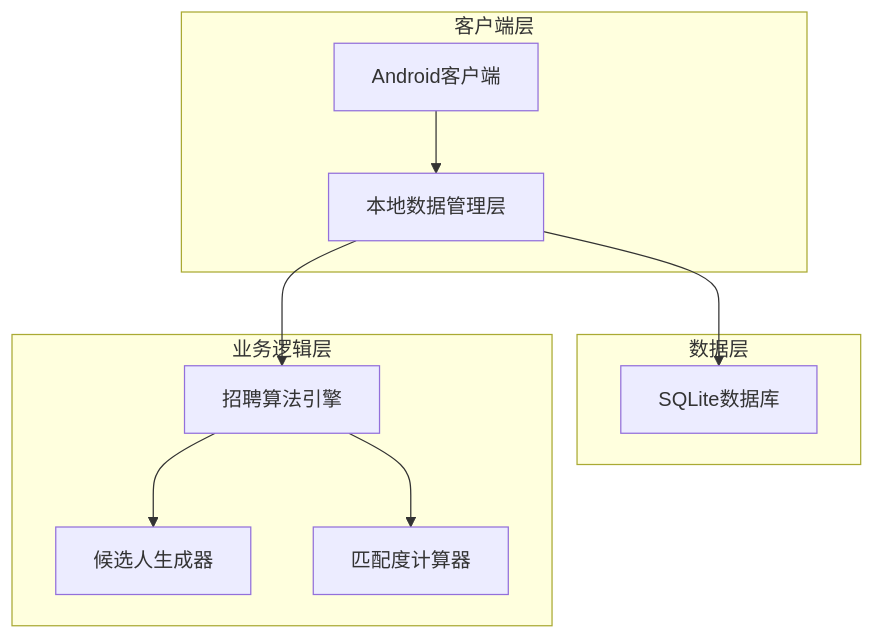
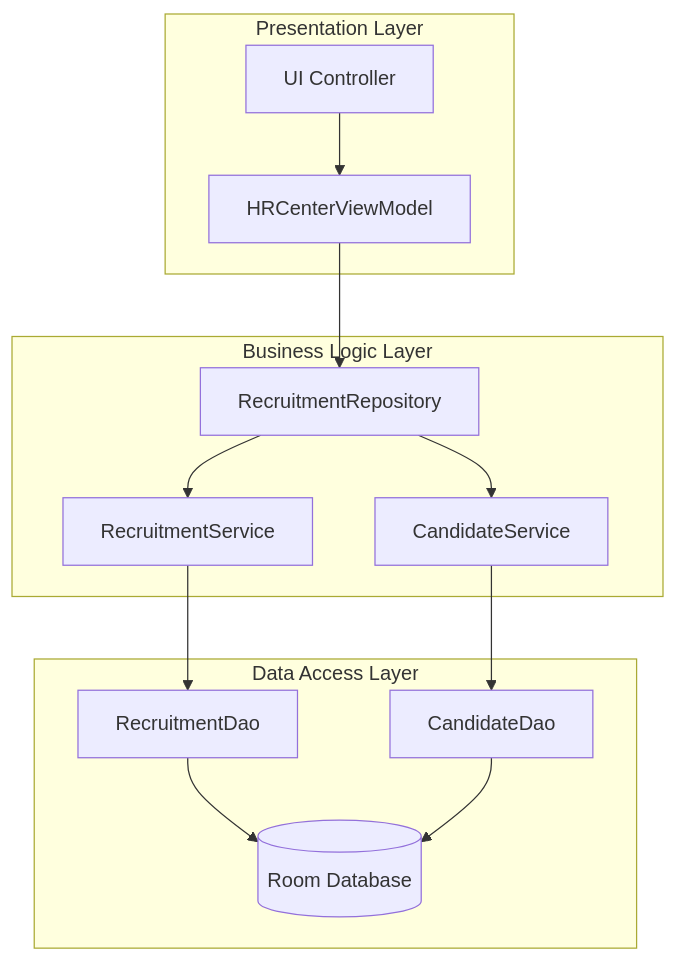
One commit to 1836047093/YCJY changed the second of 3 diagrams in .trae/documents/人事中心自动化招聘功能技术架构文档.md. Above: the diagram before and after it, drawn with Mermaid. The commit also changed other lines of this file and 35 other files, not shown here.

````diff
--- a/.trae/documents/人事中心自动化招聘功能技术架构文档.md
+++ b/.trae/documents/人事中心自动化招聘功能技术架构文档.md
@@ -5,23 +85,28 @@
 ```mermaid
 graph TD
-    A[Android客户端] --> B[本地数据管理层]
-    B --> C[SQLite数据库]
-    B --> D[招聘算法引擎]
-    D --> E[候选人生成器]
-    D --> F[匹配度计算器]
+    A[UI Controller] --> B[HRCenterViewModel]
+    B --> C[RecruitmentRepository]
+    C --> D[RecruitmentService]
+    C --> E[CandidateService]
+    D --> F[RecruitmentDao]
+    E --> G[CandidateDao]
+    F --> H[(Room Database)]
+    G --> H
     
-    subgraph "客户端层"
+    subgraph "Presentation Layer"
         A
         B
     end
     
-    subgraph "数据层"
+    subgraph "Business Logic Layer"
         C
+        D
+        E
     end
     
-    subgraph "业务逻辑层"
-        D
-        E
+    subgraph "Data Access Layer"
         F
+        G
+        H
     end
 ```
````
